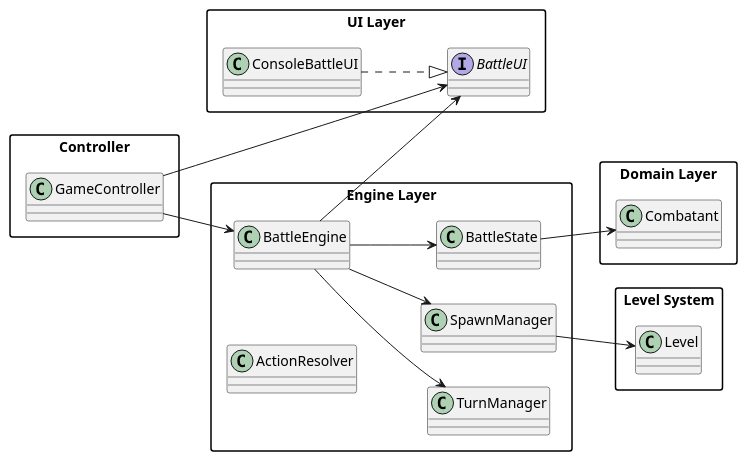
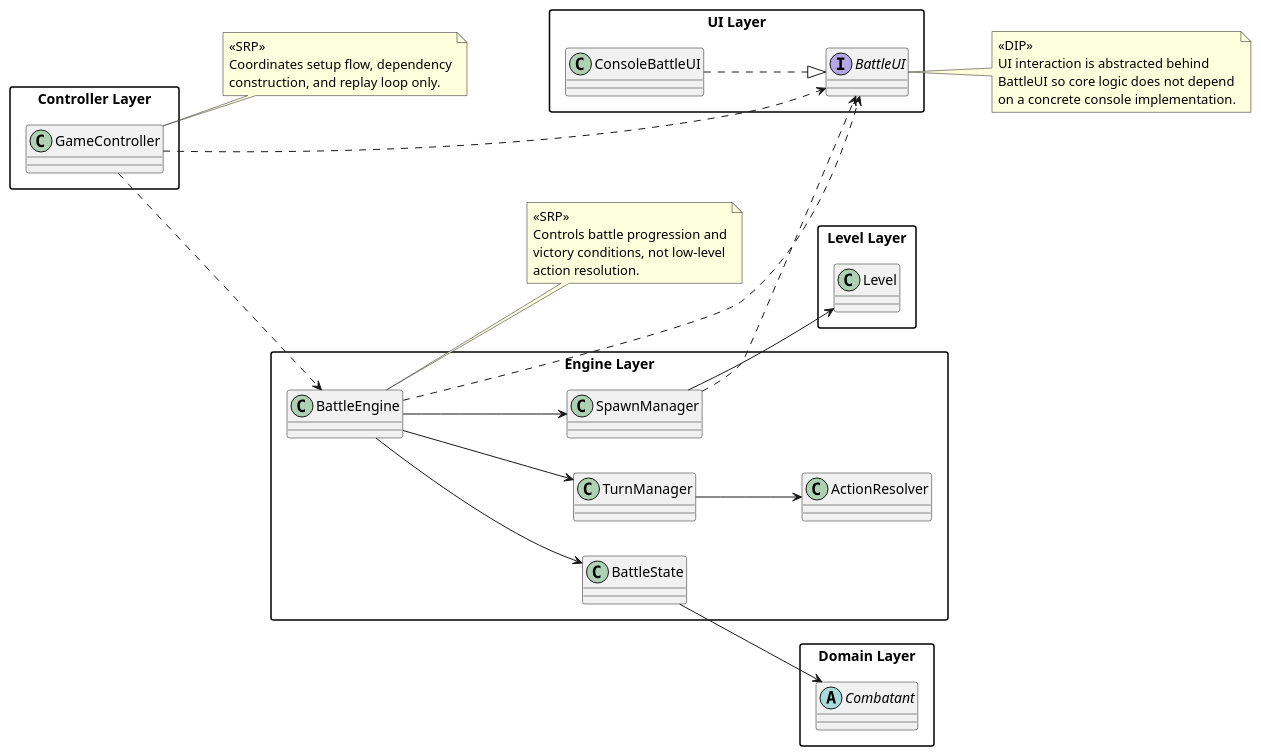
Before and after one commit to AidenWangYQ/sc2002grpproject: the diagram in docs/uml/class-diagram-system-overview.puml, drawn with PlantUML. The commit also changed 10 other files, not shown here.

Commit message:
docs: Updated class & sequence diagrams, with exports

```diff
--- a/docs/uml/class-diagram-system-overview.puml
+++ b/docs/uml/class-diagram-system-overview.puml
@@ -1,43 +1,68 @@
-@startuml Class Diagram - System Overview 
+@startuml SystemOverview
 left to right direction
 skinparam packageStyle rectangle
+skinparam classAttributeIconSize 0
 
 package "UI Layer" {
     interface BattleUI
     class ConsoleBattleUI
 }
 
-package "Controller" {
+package "Controller Layer" {
     class GameController
 }
 
 package "Engine Layer" {
     class BattleEngine
     class TurnManager
     class ActionResolver
     class BattleState
     class SpawnManager
 }
 
 package "Domain Layer" {
-    class Combatant
+    abstract class Combatant
 }
 
-package "Level System" {
+package "Level Layer" {
     class Level
 }
 
 ConsoleBattleUI ..|> BattleUI
 
-GameController --> BattleEngine
-GameController --> BattleUI
+GameController ..> BattleUI
+GameController ..> BattleEngine
 
+BattleEngine ..> BattleUI
 BattleEngine --> TurnManager
 BattleEngine --> BattleState
 BattleEngine --> SpawnManager
-BattleEngine --> BattleUI
+
+TurnManager --> ActionResolver
 
 SpawnManager --> Level
+SpawnManager ..> BattleUI
+
 BattleState --> Combatant
 
+note right of BattleUI
+<<DIP>>
+UI interaction is abstracted behind
+BattleUI so core logic does not depend
+on a concrete console implementation.
+end note
+
+note right of GameController
+<<SRP>>
+Coordinates setup flow, dependency
+construction, and replay loop only.
+end note
+
+note right of BattleEngine
+<<SRP>>
+Controls battle progression and
+victory conditions, not low-level
+action resolution.
+end note
+
 @enduml
```
